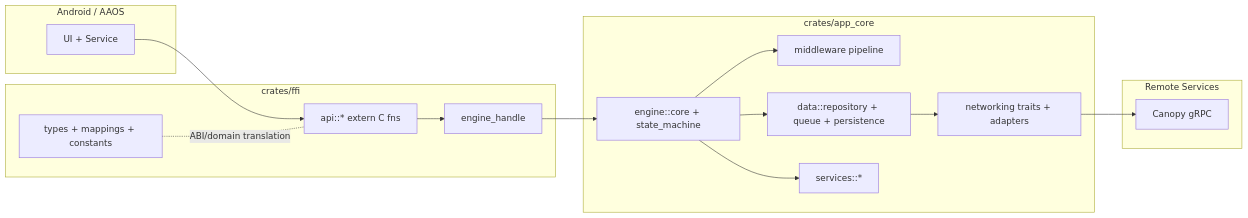
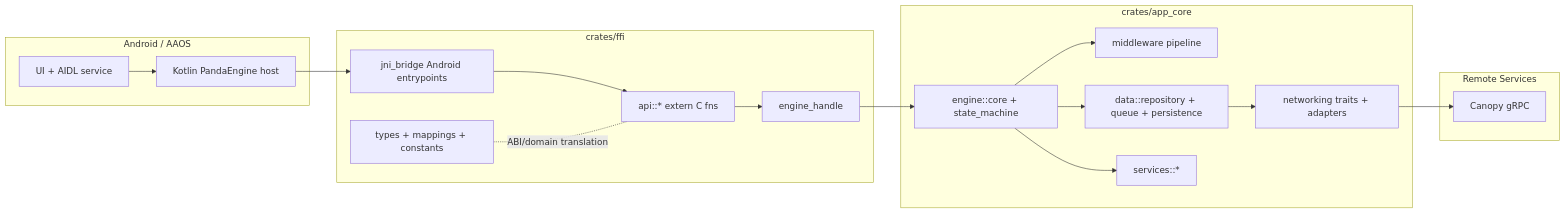
The first of 5 diagrams in rust/engine/README.md (adrianrusu16/Media-App), drawn with Mermaid before and after one commit. The commit also changed other lines of this file and 29 other files, not shown here.

````diff
--- a/rust/engine/README.md
+++ b/rust/engine/README.md
@@ -40,34 +40,38 @@
 ```mermaid
 flowchart LR
     subgraph Android[Android / AAOS]
-        UI[UI + Service]
+        UI[UI + AIDL service]
+        HOST[Kotlin PandaEngine host]
     end
 
     subgraph FFI[crates/ffi]
+        JNI[jni_bridge Android entrypoints]
         API[api::* extern C fns]
         TYPES[types + mappings + constants]
         HANDLE[engine_handle]
     end
 
     subgraph Core[crates/app_core]
         ENGINE[engine::core + state_machine]
         MW[middleware pipeline]
         DATA[data::repository + queue + persistence]
         NET[networking traits + adapters]
         SERVICES[services::*]
     end
 
     subgraph Remote[Remote Services]
         CANOPY[Canopy gRPC]
     end
 
-    UI --> API
+    UI --> HOST
+    HOST --> JNI
+    JNI --> API
     API --> HANDLE
     HANDLE --> ENGINE
     ENGINE --> MW
     ENGINE --> DATA
     DATA --> NET
     NET --> CANOPY
     ENGINE --> SERVICES
     TYPES -. ABI/domain translation .- API
 ```
````
